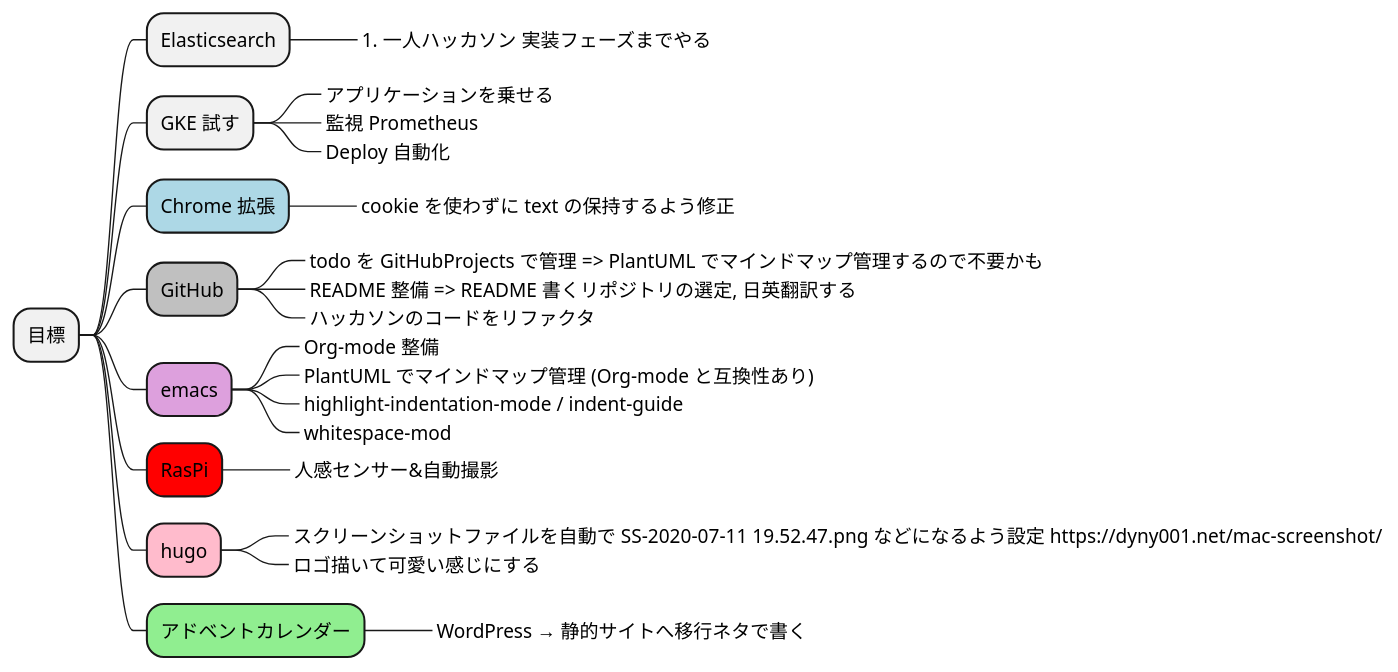
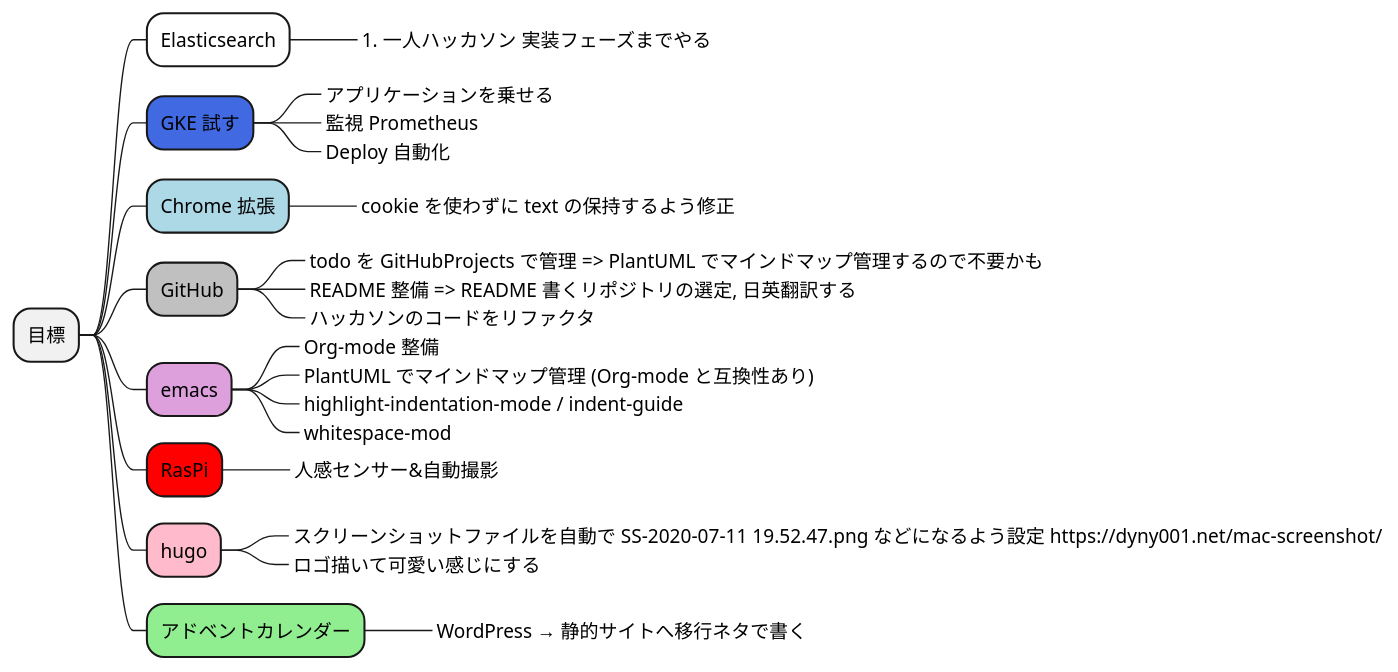
Before and after one commit to Ishizuka427/MindMap: the diagram in test.puml, drawn with PlantUML.

```diff
--- a/test.puml
+++ b/test.puml
@@ -1,27 +1,27 @@
 @startmindmap
 * 目標
-** Elasticsearch
+**[#white] Elasticsearch
 ***_ #一人ハッカソン 実装フェーズまでやる
-** GKE 試す
+**[#royalblue] GKE 試す
 ***_ アプリケーションを乗せる
 ***_ 監視 Prometheus
 ***_ Deploy 自動化 
 **[#lightblue] Chrome 拡張
 ***_ cookie を使わずに text の保持するよう修正
 **[#silver] GitHub
 ***_ todo を GitHubProjects で管理 => PlantUML でマインドマップ管理するので不要かも
 ***_ README 整備 => README 書くリポジトリの選定, 日英翻訳する
 ***_ ハッカソンのコードをリファクタ
 **[#plum] emacs
 ***_ Org-mode 整備
 ***_ PlantUML でマインドマップ管理 (Org-mode と互換性あり)
 ***_ highlight-indentation-mode / indent-guide
 ***_ whitespace-mod
 **[#red] RasPi
 ***_ 人感センサー&自動撮影
 **[#FFBBCC] hugo
 ***_ スクリーンショットファイルを自動で SS-2020-07-11 19.52.47.png などになるよう設定 https://dyny001.net/mac-screenshot/
 ***_ ロゴ描いて可愛い感じにする
 **[#lightgreen] アドベントカレンダー
 ***_ WordPress → 静的サイトへ移行ネタで書く
 @endmindmap
```
